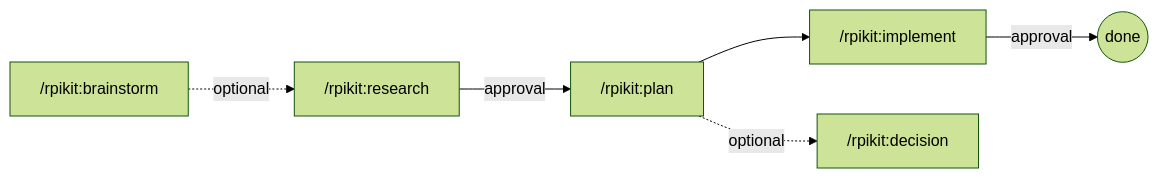
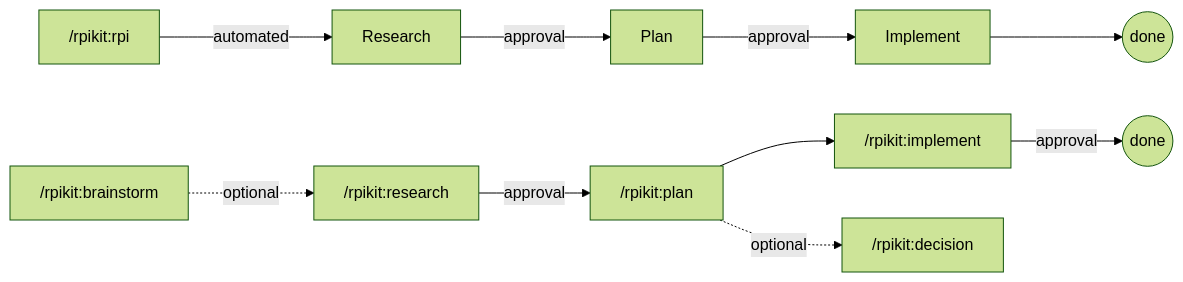
One commit to bostonaholic/rpikit changed the diagram in README.md. Above: the diagram before and after it, drawn with Mermaid (forest theme). The commit also changed other lines of this file and 7 other files, not shown here.

````diff
--- a/README.md
+++ b/README.md
@@ -41,8 +42,13 @@
 ```mermaid
 flowchart LR
+    rpi["/rpikit:rpi"] -->|automated| research2[Research]
+    research2 -->|approval| plan2[Plan]
+    plan2 -->|approval| implement2[Implement]
+    implement2 --> done2((done))
+
     brainstorm["/rpikit:brainstorm"] -.->|optional| research["/rpikit:research"]
     research -->|approval| plan["/rpikit:plan"]
     plan --> implement["/rpikit:implement"]
     plan -.->|optional| decision["/rpikit:decision"]
     implement -->|approval| done((done))
 ```
````
